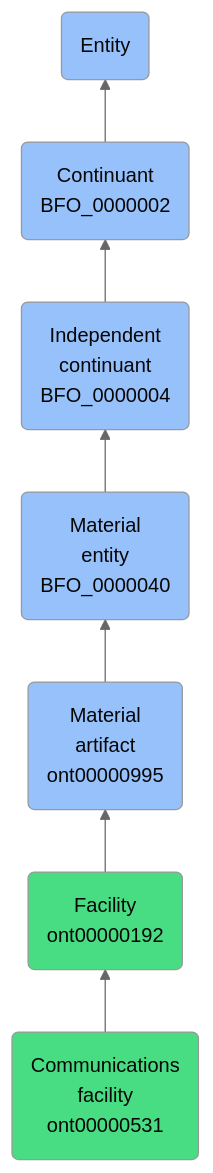
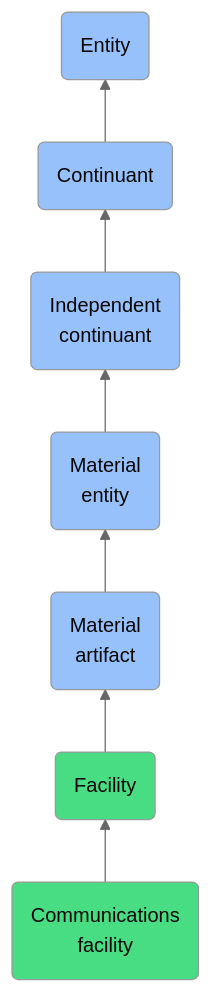
The diagram in docs/ontology/reference/model/Entity/Continuant/Independent continuant/Material entity/Material artifact/Facility/Communications facility/Communications facility.md (jupyter-naas/abi), drawn with Mermaid (neutral theme) before and after one commit. The commit also changed other lines of this file and 1430 other files, not shown here.

````diff
--- a/docs/ontology/reference/model/Entity/Continuant/Independent continuant/Material entity/Material artifact/Facility/Communications facility/Communications facility.md
+++ b/docs/ontology/reference/model/Entity/Continuant/Independent continuant/Material entity/Material artifact/Facility/Communications facility/Communications facility.md
@@ -24,14 +24,14 @@
 ```mermaid
 graph BT
-    ont00000531(Communications<br>facility<br>ont00000531):::ABI-->ont00000192
-    ont00000192(Facility<br>ont00000192):::ABI-->ont00000995
-    ont00000995(Material<br>artifact<br>ont00000995):::BFO-->BFO_0000040
-    BFO_0000040(Material<br>entity<br>BFO_0000040):::BFO-->BFO_0000004
-    BFO_0000004(Independent<br>continuant<br>BFO_0000004):::BFO-->BFO_0000002
-    BFO_0000002(Continuant<br>BFO_0000002):::BFO-->BFO_0000001
+    ont00000531(Communications<br>facility):::ABI-->ont00000192
+    ont00000192(Facility):::ABI-->ont00000995
+    ont00000995(Material<br>artifact):::BFO-->BFO_0000040
+    BFO_0000040(Material<br>entity):::BFO-->BFO_0000004
+    BFO_0000004(Independent<br>continuant):::BFO-->BFO_0000002
+    BFO_0000002(Continuant):::BFO-->BFO_0000001
     BFO_0000001(Entity):::BFO
     
     classDef BFO fill:#97c1fb,color:#060606
     classDef CCO fill:#e4c51e,color:#060606
     classDef ABI fill:#48DD82,color:#060606
 ```
````
